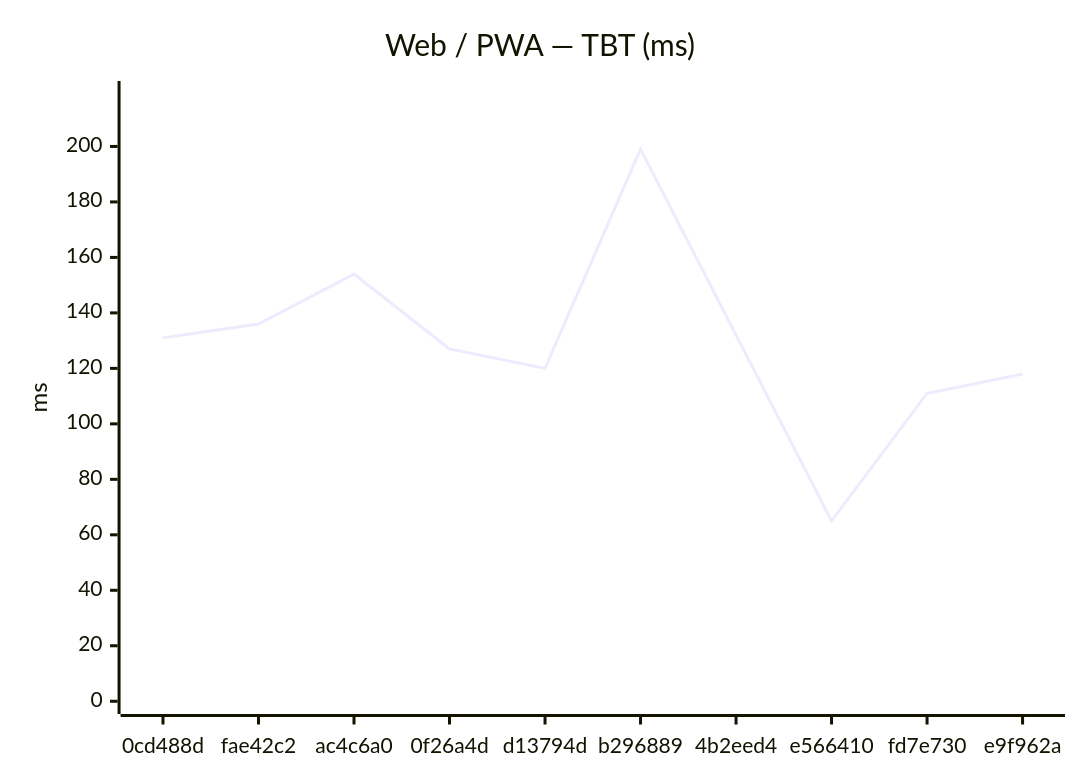
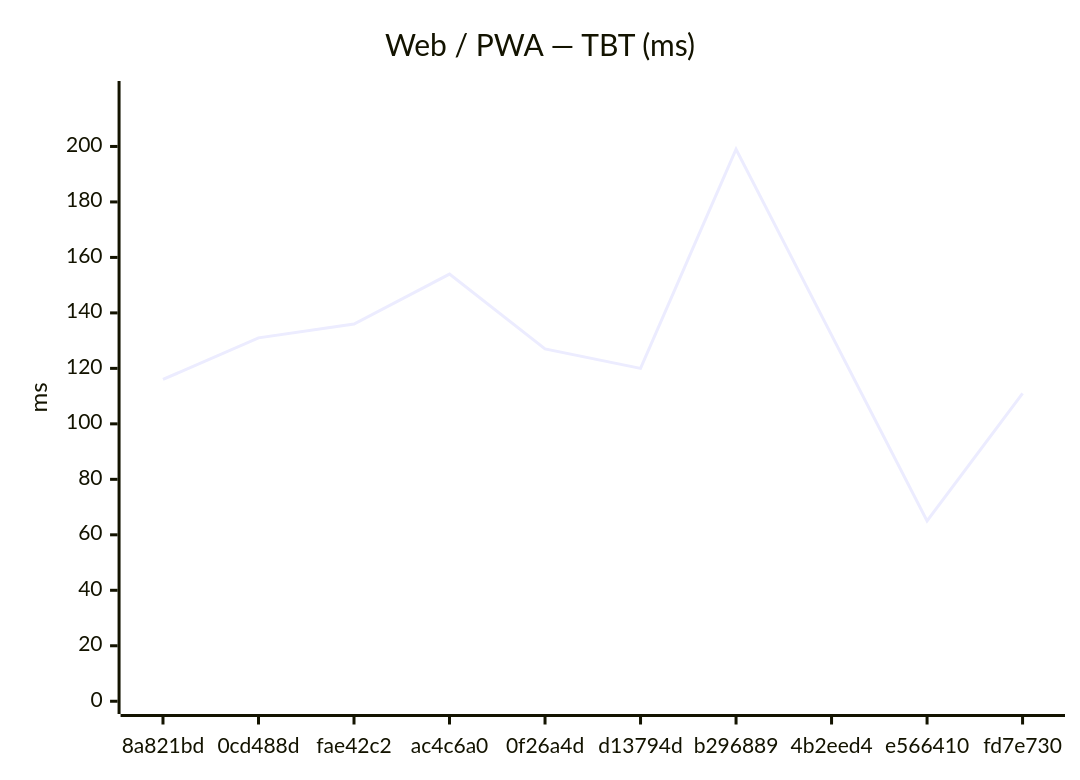
The second of 18 diagrams in benchmarks/compare.md (Metaheurist/Rianell), drawn with Mermaid before and after one commit. The commit also changed other lines of this file and 11 other files, not shown here.

````diff
--- a/benchmarks/compare.md
+++ b/benchmarks/compare.md
@@ -31,7 +31,7 @@
 ```mermaid
 xychart-beta
     title "Web / PWA — TBT (ms)"
-    x-axis ["0cd488d", "fae42c2", "ac4c6a0", "0f26a4d", "d13794d", "b296889", "4b2eed4", "e566410", "fd7e730", "e9f962a"]
+    x-axis ["8a821bd", "0cd488d", "fae42c2", "ac4c6a0", "0f26a4d", "d13794d", "b296889", "4b2eed4", "e566410", "fd7e730"]
     y-axis "ms" 0 --> 219
-    line [131, 136, 154, 127, 120, 199, 132, 65, 111, 118]
+    line [116, 131, 136, 154, 127, 120, 199, 132, 65, 111]
 ```
````
